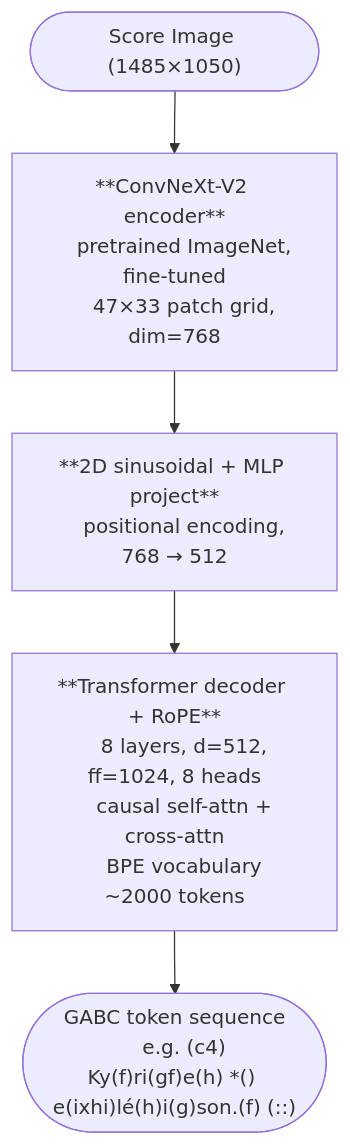
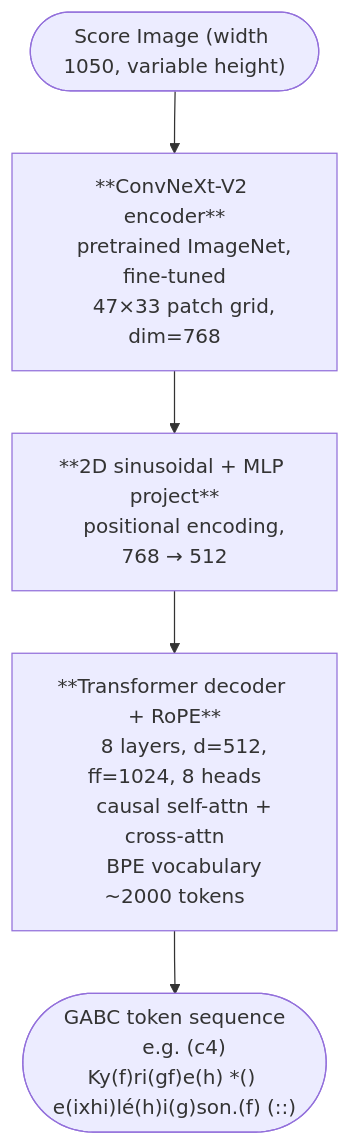
One commit to pgarciaq/chant-omr changed the first of 2 diagrams in README.md. Above: the diagram before and after it, drawn with Mermaid. The commit also changed 2 other files, not shown here.

Commit message:
Document #8 dataset decisions: image sizing, token batching, and augmentation split.
Retire 1050×1485 portrait input, add width-scale/max-height policy and #29/#30 tracking, and default augment off until Phase B ships.

````diff
--- a/README.md
+++ b/README.md
@@ -23,17 +23,17 @@
 ```mermaid
 flowchart TD
-    A(["Score Image (1485×1050)"])
+    A(["Score Image (width 1050, variable height)"])
     B["**ConvNeXt-V2 encoder**
     pretrained ImageNet, fine-tuned
     47×33 patch grid, dim=768"]
     C["**2D sinusoidal + MLP project**
     positional encoding, 768 → 512"]
     D["**Transformer decoder + RoPE**
     8 layers, d=512, ff=1024, 8 heads
     causal self-attn + cross-attn
     BPE vocabulary ~2000 tokens"]
     E(["GABC token sequence
     e.g. (c4) Ky(f)ri(gf)e(h) *() e(ixhi)lé(h)i(g)son.(f) (::)"])
 
     A --> B --> C --> D --> E
 ```
````
